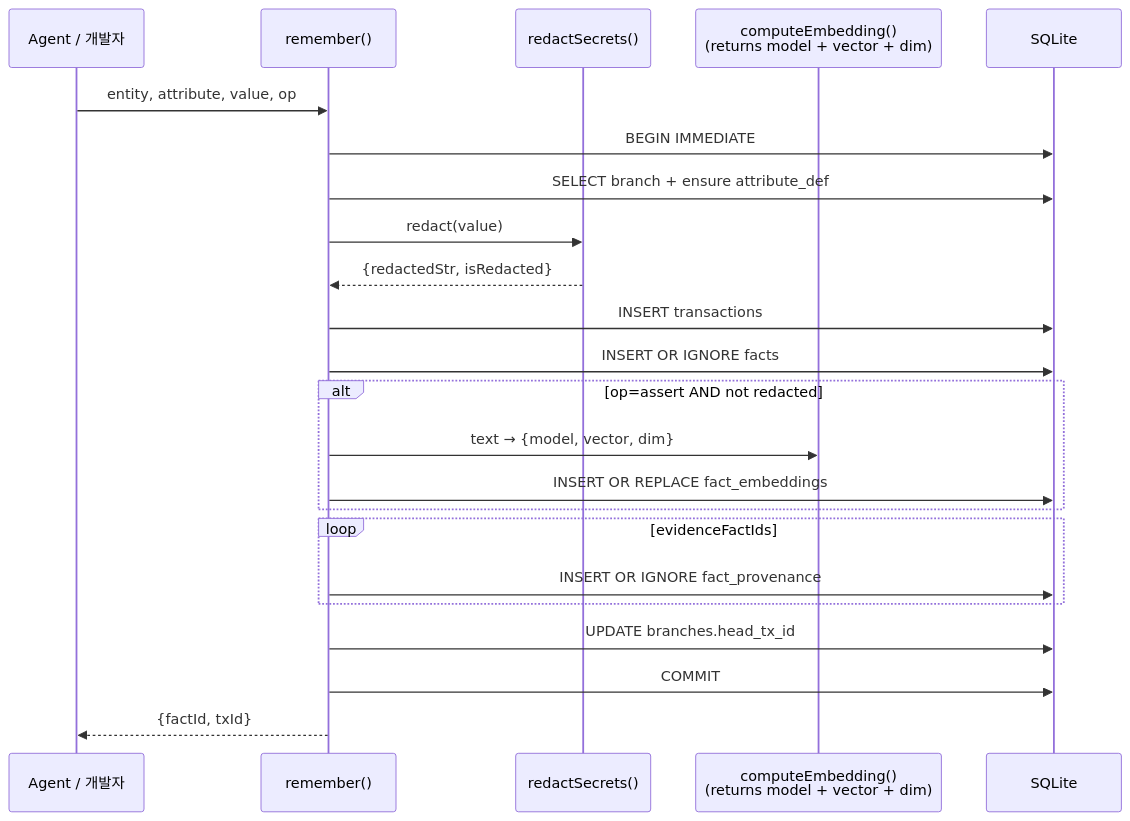
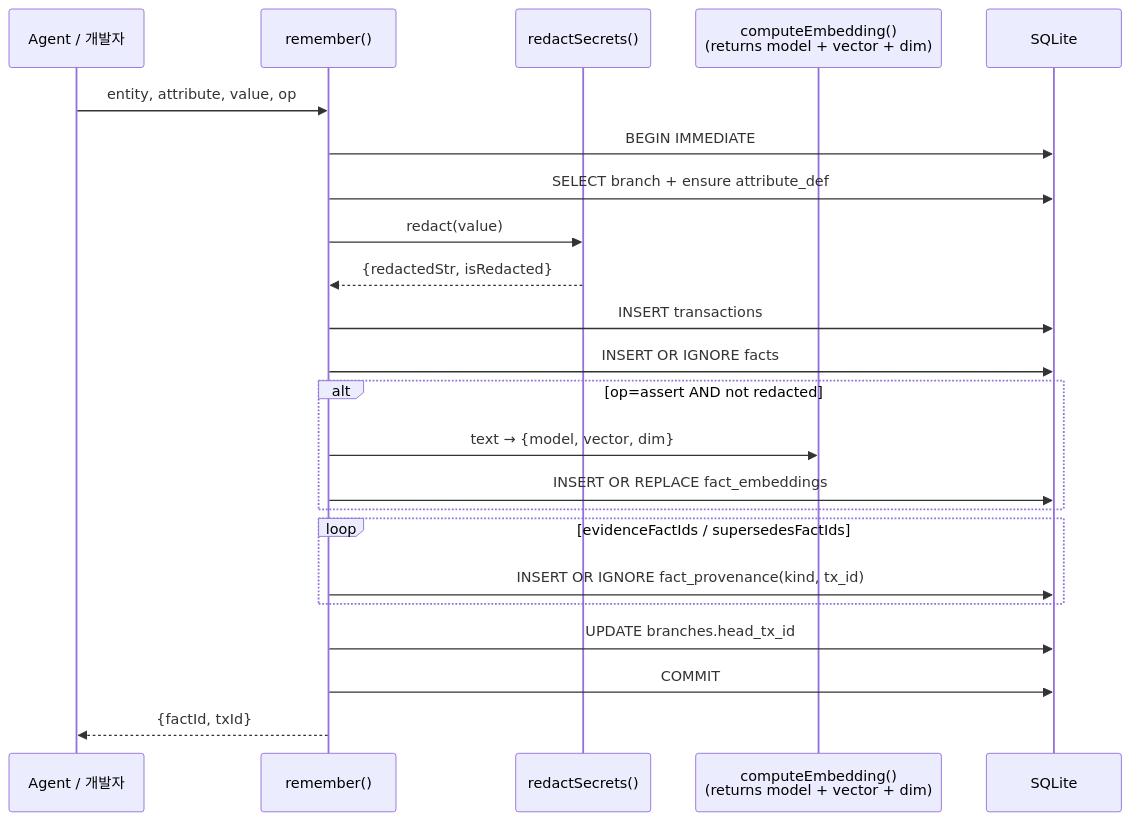
The third of 5 diagrams in docs/agent-memory-cookbook.ko.md (YouSangSon/Parallax), drawn with Mermaid before and after one commit. The commit also changed other lines of this file and 21 other files, not shown here.

````diff
--- a/docs/agent-memory-cookbook.ko.md
+++ b/docs/agent-memory-cookbook.ko.md
@@ -423,26 +452,26 @@
 ```mermaid
 sequenceDiagram
   participant A as Agent / 개발자
   participant API as remember()
   participant Sec as redactSecrets()
   participant Emb as computeEmbedding()<br/>(returns model + vector + dim)
   participant DB as SQLite
 
   A->>API: entity, attribute, value, op
   API->>DB: BEGIN IMMEDIATE
   API->>DB: SELECT branch + ensure attribute_def
   API->>Sec: redact(value)
   Sec-->>API: {redactedStr, isRedacted}
   API->>DB: INSERT transactions
   API->>DB: INSERT OR IGNORE facts
   alt op=assert AND not redacted
     API->>Emb: text → {model, vector, dim}
     API->>DB: INSERT OR REPLACE fact_embeddings
   end
-  loop evidenceFactIds
-    API->>DB: INSERT OR IGNORE fact_provenance
+  loop evidenceFactIds / supersedesFactIds
+    API->>DB: INSERT OR IGNORE fact_provenance(kind, tx_id)
   end
   API->>DB: UPDATE branches.head_tx_id
   API->>DB: COMMIT
   API-->>A: {factId, txId}
 ```
````
